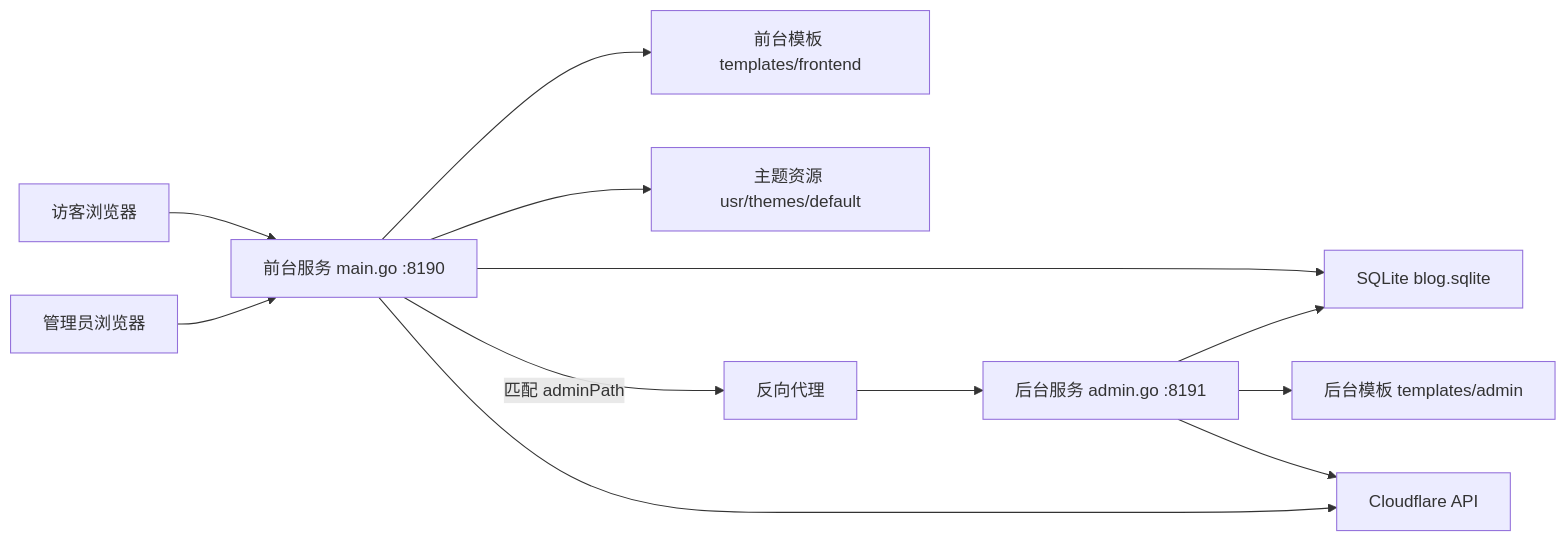
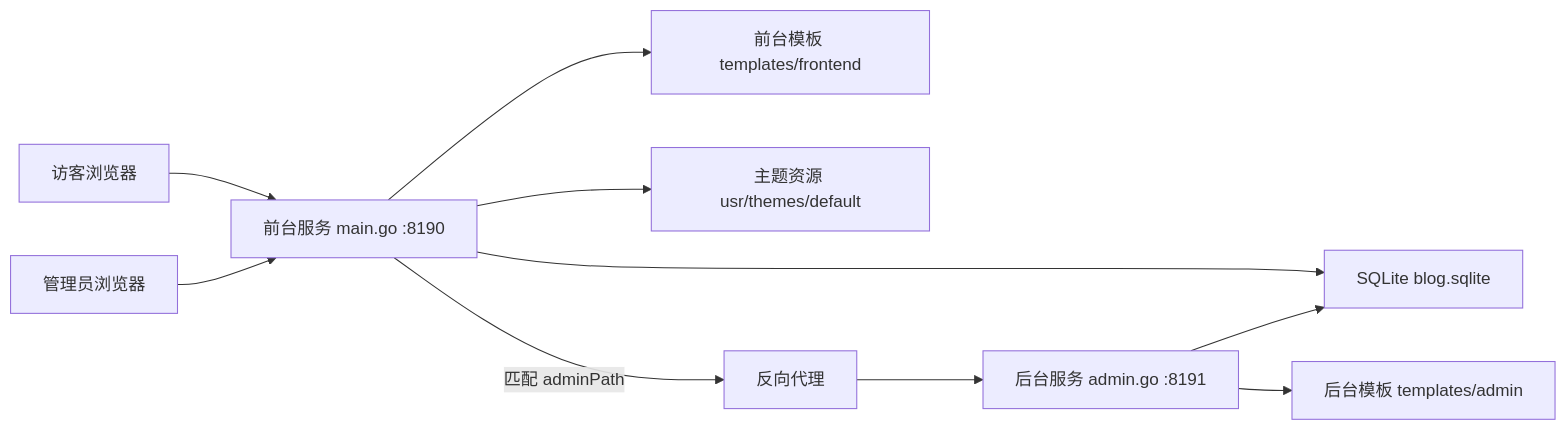
One commit to fireforce088/Go-TeBlog changed the diagram in PROJECT_GUIDE.md. Above: the diagram before and after it, drawn with Mermaid. The commit also changed other lines of this file and 8 other files, not shown here.

````diff
--- a/PROJECT_GUIDE.md
+++ b/PROJECT_GUIDE.md
@@ -48,14 +48,12 @@
 ```mermaid
 flowchart LR
     Visitor["访客浏览器"] --> Frontend["前台服务 main.go :8190"]
     AdminUser["管理员浏览器"] --> Frontend
     Frontend --> Templates["前台模板 templates/frontend"]
     Frontend --> Theme["主题资源 usr/themes/default"]
     Frontend --> DB["SQLite blog.sqlite"]
     Frontend -->|匹配 adminPath| Proxy["反向代理"]
     Proxy --> Admin["后台服务 admin.go :8191"]
     Admin --> AdminTemplates["后台模板 templates/admin"]
     Admin --> DB
-    Admin --> CF["Cloudflare API"]
-    Frontend --> CF
 ```
````
